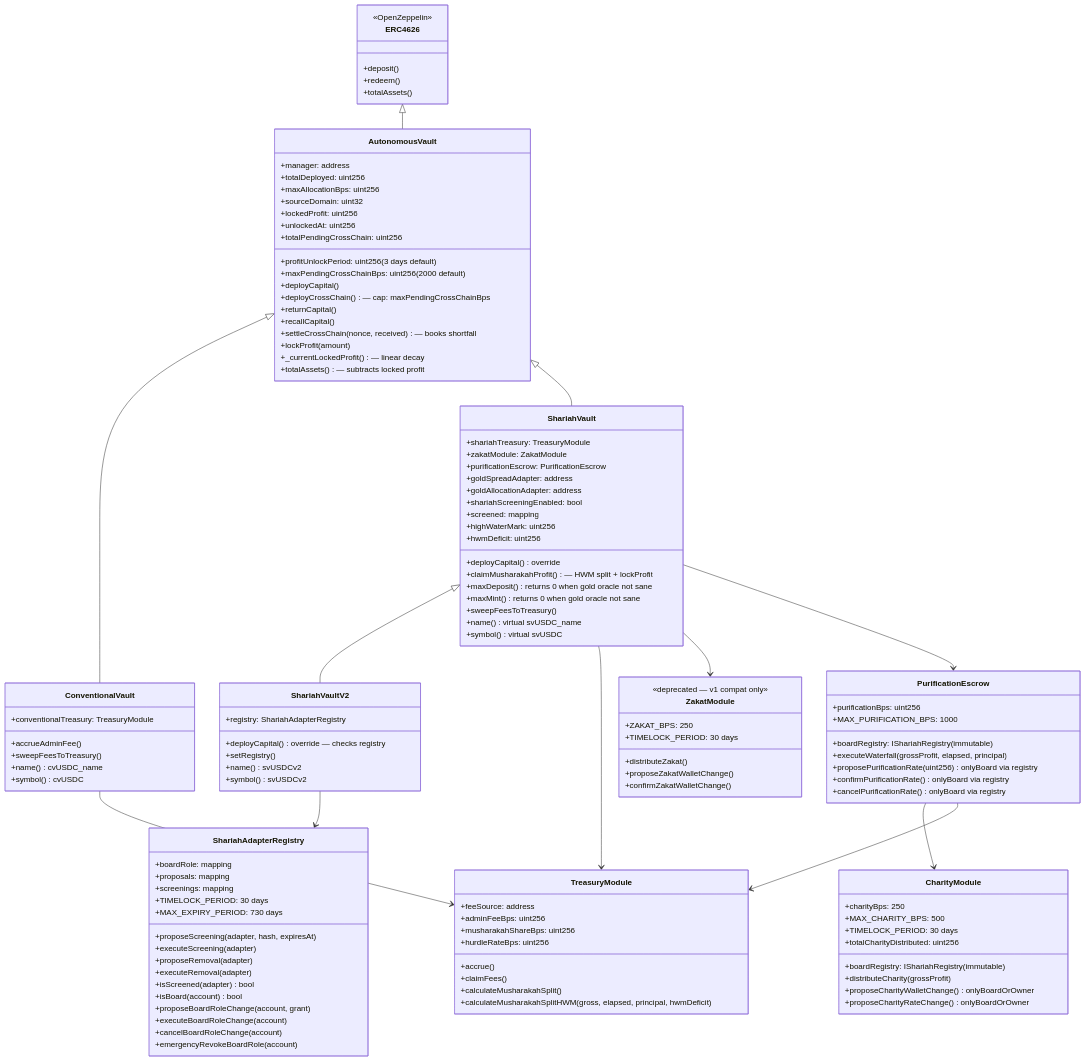
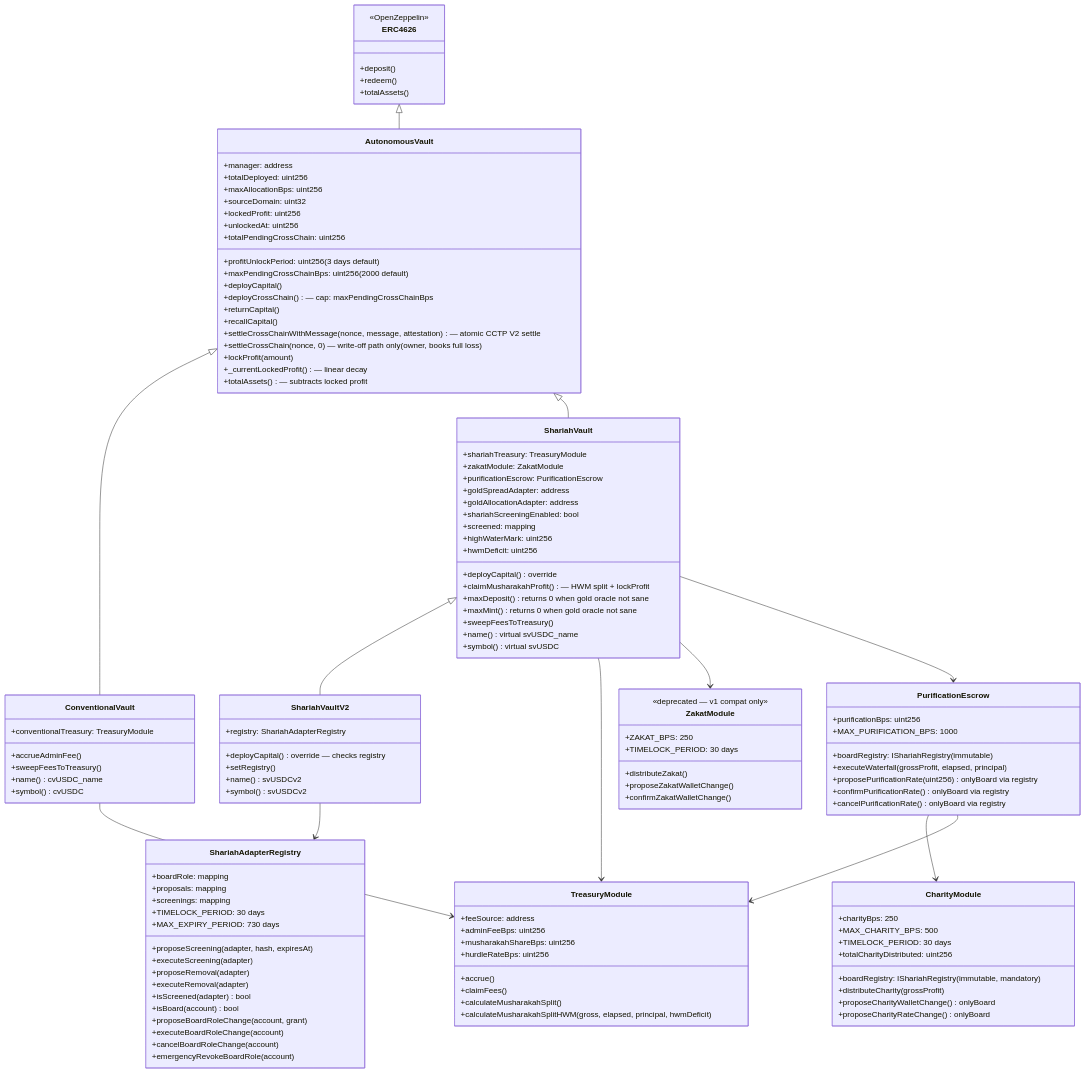
One commit to 0xhaz/DefiVault-Finance changed the second of 10 diagrams in README.md. Above: the diagram before and after it, drawn with Mermaid. The commit also changed other lines of this file and 106 other files, not shown here.

```diff
--- a/README.md
+++ b/README.md
@@ -161,7 +161,8 @@
         +deployCrossChain() — cap: maxPendingCrossChainBps
         +returnCapital()
         +recallCapital()
-        +settleCrossChain(nonce, received) — books shortfall
+        +settleCrossChainWithMessage(nonce, message, attestation) — atomic CCTP V2 settle
+        +settleCrossChain(nonce, 0) — write-off path only (owner, books full loss)
         +lockProfit(amount)
         +_currentLockedProfit() — linear decay
         +totalAssets() — subtracts locked profit
@@ -241,13 +242,13 @@
     }
 
     class CharityModule {
-        +boardRegistry: IShariahRegistry (immutable)
+        +boardRegistry: IShariahRegistry (immutable, mandatory)
         +charityBps: 250
         +MAX_CHARITY_BPS: 500
         +TIMELOCK_PERIOD: 30 days
         +distributeCharity(grossProfit)
-        +proposeCharityWalletChange() onlyBoardOrOwner
-        +proposeCharityRateChange() onlyBoardOrOwner
+        +proposeCharityWalletChange() onlyBoard
+        +proposeCharityRateChange() onlyBoard
         +totalCharityDistributed: uint256
     }
 
```
